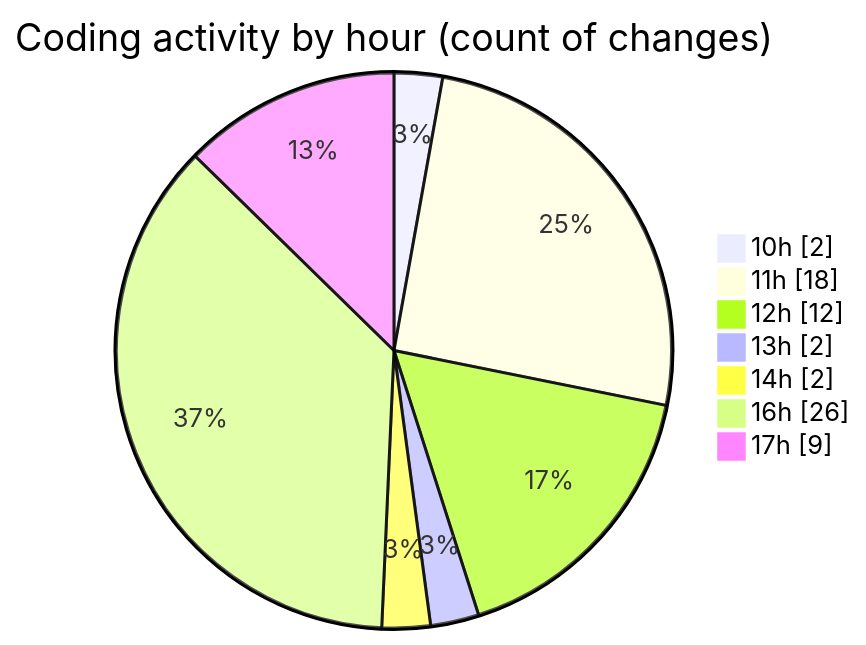
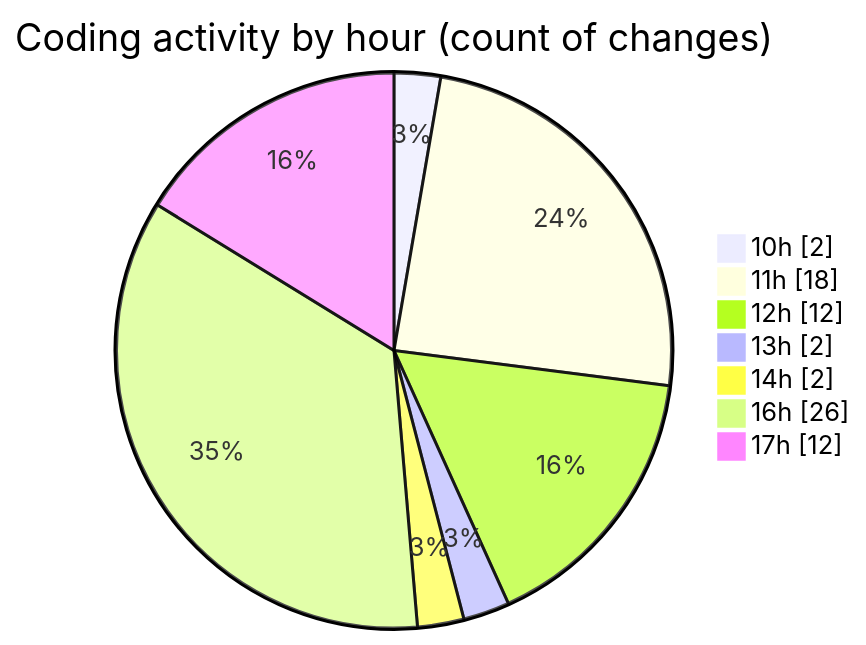
The second of 2 diagrams in 2025-08-05/nxtqube_webapp/README.md (nxtqubesakshisongat/code-tracking), drawn with Mermaid before and after one commit. The commit also changed other lines of this file and 1 other file, not shown here.

````diff
--- a/2025-08-05/nxtqube_webapp/README.md
+++ b/2025-08-05/nxtqube_webapp/README.md
@@ -48,11 +50,11 @@
 ```mermaid
 pie showData
 title Coding activity by hour (count of changes)
 "10h" : 2
 "11h" : 18
 "12h" : 12
 "13h" : 2
 "14h" : 2
 "16h" : 26
-"17h" : 9
+"17h" : 12
 ```
````
